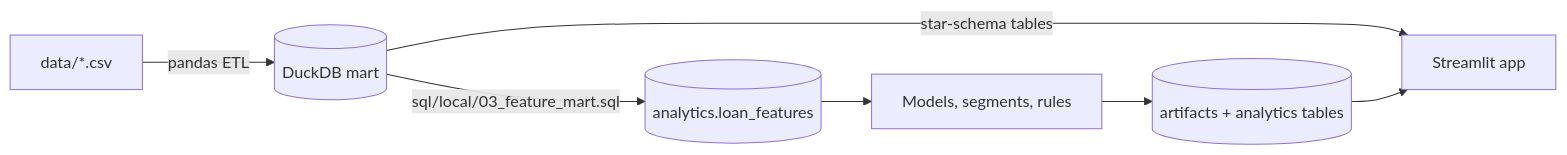
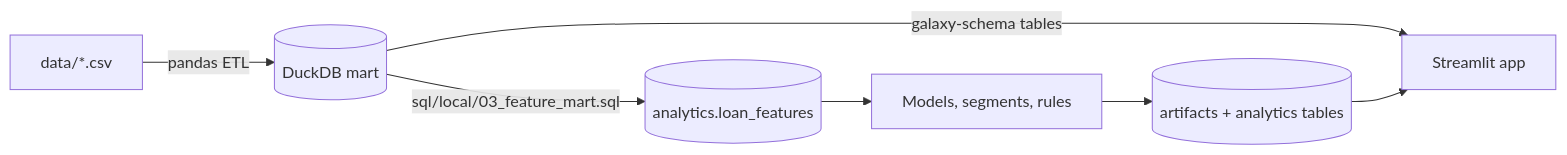
Before and after one commit to DhanushPillay/Banking-Analytics-Data-Warehouse: the first of 2 diagrams in README.md, drawn with Mermaid. The commit also changed other lines of this file, not shown here.

````diff
--- a/README.md
+++ b/README.md
@@ -35,9 +38,9 @@
 ```mermaid
 graph LR
     A[data/*.csv] -->|pandas ETL| B[(DuckDB mart)]
     B -->|sql/local/03_feature_mart.sql| C[(analytics.loan_features)]
-    B -->|star-schema tables| D[Streamlit app]
+    B -->|galaxy-schema tables| D[Streamlit app]
     C --> E[Models, segments, rules]
     E --> F[(artifacts + analytics tables)]
     F --> D
 ```
````
